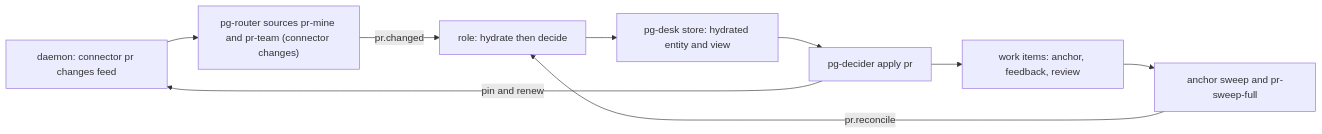
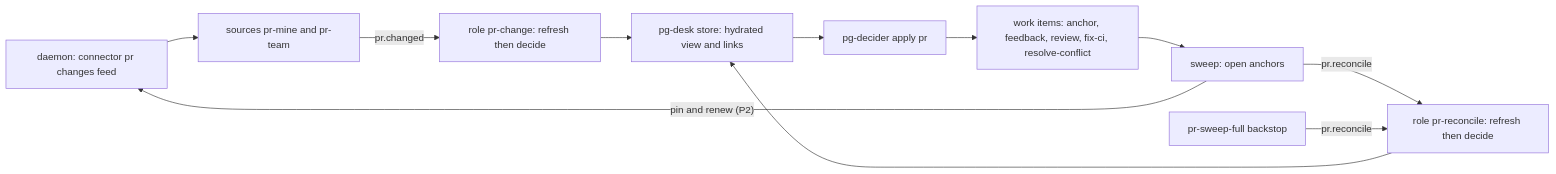
The first of 2 diagrams in docs/superpowers/specs/2026-10-20-pr-lane-refactor-design.md (phillipgreenii/nix-agent-support), drawn with Mermaid before and after one commit. The commit also changed other lines of this file, not shown here.

````diff
--- a/docs/superpowers/specs/2026-10-20-pr-lane-refactor-design.md
+++ b/docs/superpowers/specs/2026-10-20-pr-lane-refactor-design.md
@@ -111,11 +185,13 @@
 ```mermaid
 flowchart LR
-  D["daemon: connector pr changes feed"] --> S["pg-router sources pr-mine and pr-team (connector changes)"]
-  S -->|"pr.changed"| H["role: hydrate then decide"]
-  K["anchor sweep and pr-sweep-full"] -->|"pr.reconcile"| H
-  H --> V["pg-desk store: hydrated entity and view"]
+  D["daemon: connector pr changes feed"] --> S["sources pr-mine and pr-team"]
+  S -->|"pr.changed"| H["role pr-change: refresh then decide"]
+  K["sweep: open anchors"] -->|"pr.reconcile"| R["role pr-reconcile: refresh then decide"]
+  B["pr-sweep-full backstop"] -->|"pr.reconcile"| R
+  H --> V["pg-desk store: hydrated view and links"]
+  R --> V
   V --> X["pg-decider apply pr"]
-  X --> W["work items: anchor, feedback, review"]
-  X -->|"pin and renew"| D
+  X --> W["work items: anchor, feedback, review, fix-ci, resolve-conflict"]
   W --> K
+  K -->|"pin and renew (P2)"| D
 ```
````
